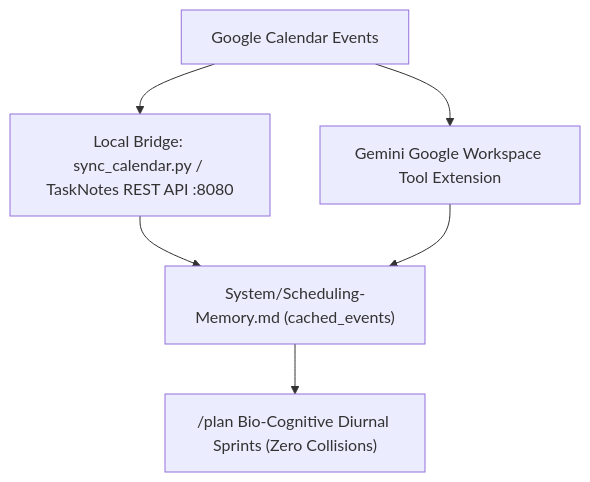
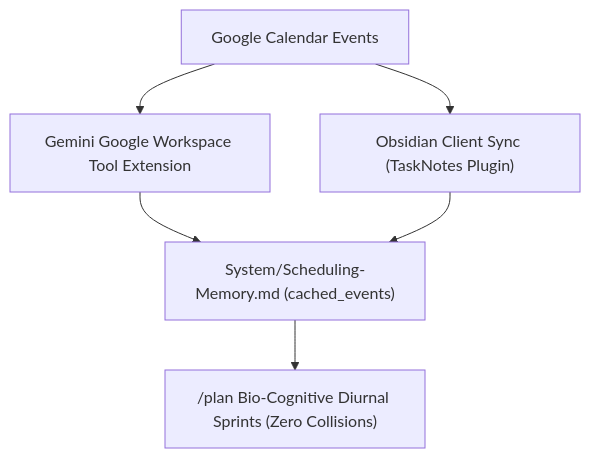
One commit to tama-gucci/chrysalis changed the second of 2 diagrams in System/Orchestrators/Gemini/Adapter-Spec.md. Above: the diagram before and after it, drawn with Mermaid. The commit also changed other lines of this file and 9 other files, not shown here.

````diff
--- a/System/Orchestrators/Gemini/Adapter-Spec.md
+++ b/System/Orchestrators/Gemini/Adapter-Spec.md
@@ -100,8 +100,8 @@
 ```mermaid
 graph TD
-    Cal[Google Calendar Events] --> Bridge[Local Bridge: sync_calendar.py / TaskNotes REST API :8080]
-    Cal --> Workspace[Gemini Google Workspace Tool Extension]
-    Bridge --> Cache["System/Scheduling-Memory.md (cached_events)"]
-    Workspace --> Cache
+    Cal["Google Calendar Events"] --> Workspace["Gemini Google Workspace Tool Extension"]
+    Cal --> ClientSync["Obsidian Client Sync (TaskNotes Plugin)"]
+    Workspace --> Cache["System/Scheduling-Memory.md (cached_events)"]
+    ClientSync --> Cache
     Cache --> Engine["/plan Bio-Cognitive Diurnal Sprints (Zero Collisions)"]
 ```
````
